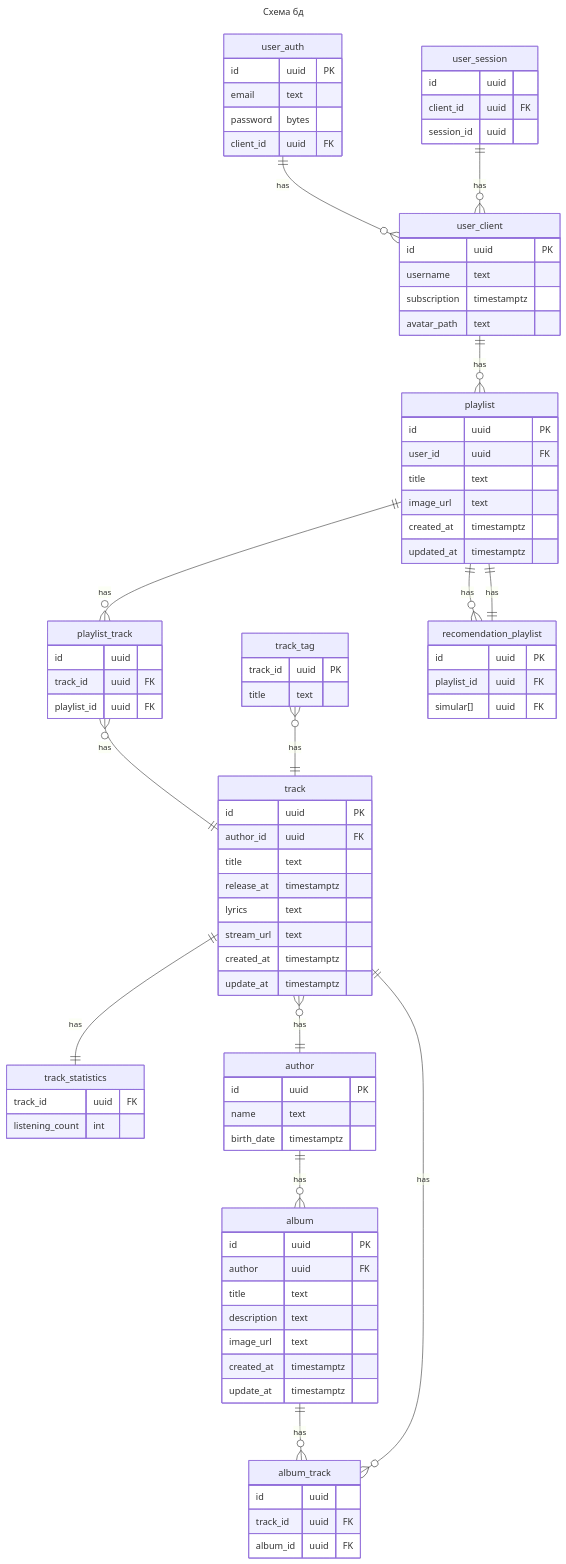
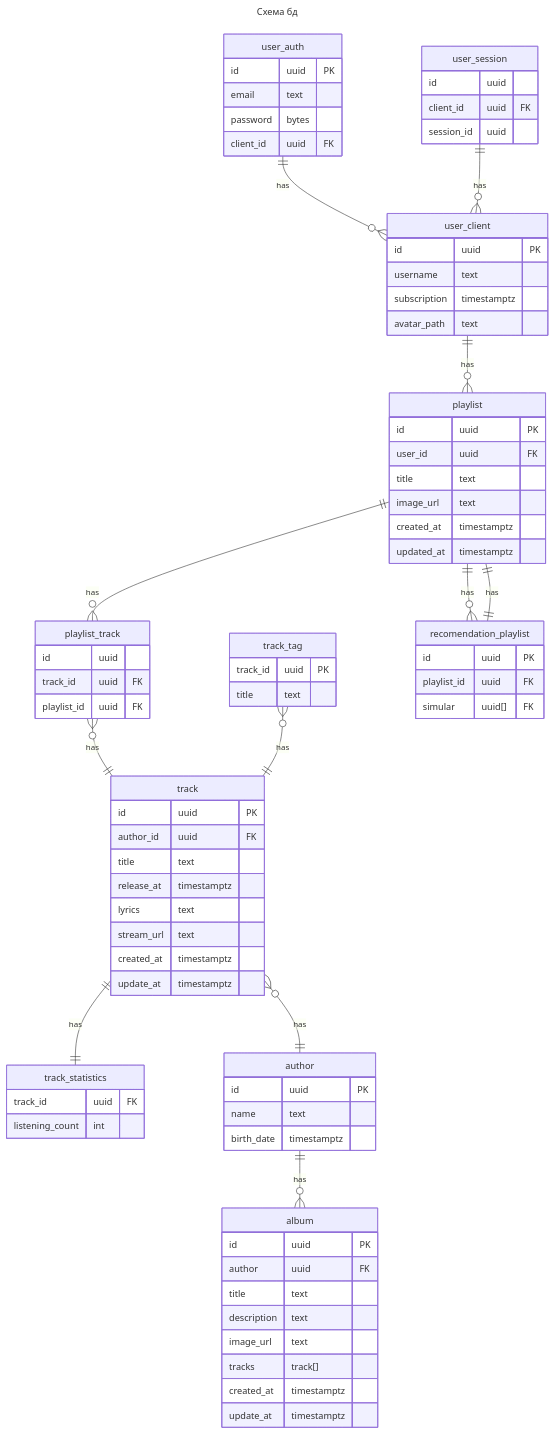
The diagram in README.md (CodeMaster482/web_highload_spotify), drawn with Mermaid before and after one commit. The commit also changed other lines of this file, not shown here.

```diff
--- a/README.md
+++ b/README.md
@@ -327,18 +333,13 @@
         updated_at timestamptz
     }
 
-    album_track {
-        id uuid
-        track_id uuid FK
-        album_id uuid FK
-    }
-
     album {
         id uuid PK
         author uuid FK
         title text
         description text
         image_url text
+        tracks track[]
         created_at timestamptz
         update_at timestamptz
     }
@@ -352,7 +353,7 @@
     recomendation_playlist {
         id uuid PK
         playlist_id uuid FK
-        simular[] uuid FK
+        simular uuid[] FK
     }
 
     user_auth ||--o{ user_client : has
@@ -361,8 +362,6 @@
     playlist ||--o{ playlist_track : has
     playlist_track }o--|| track : has
     track ||--|| track_statistics : has
-    album ||--o{ album_track : has
-    track ||--o{ album_track : has
     author ||--o{ album : has
     track }o--|| author : has
     recomendation_playlist ||--|| playlist : has
```
